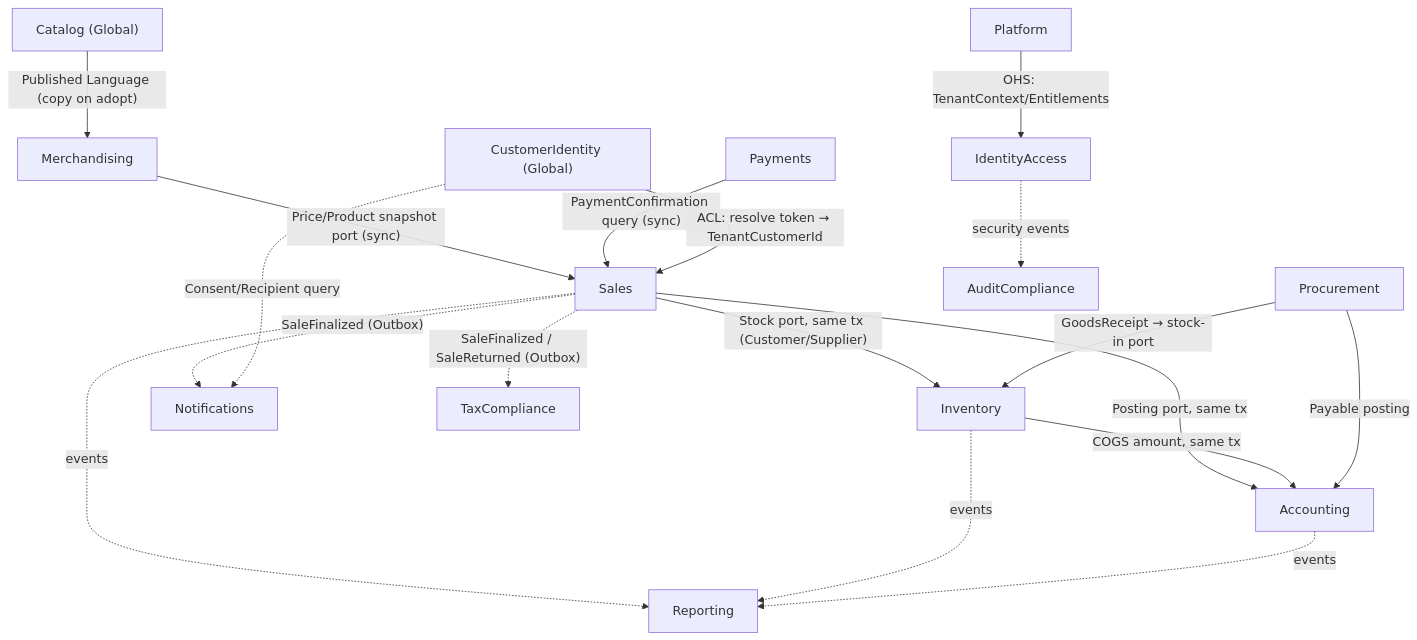
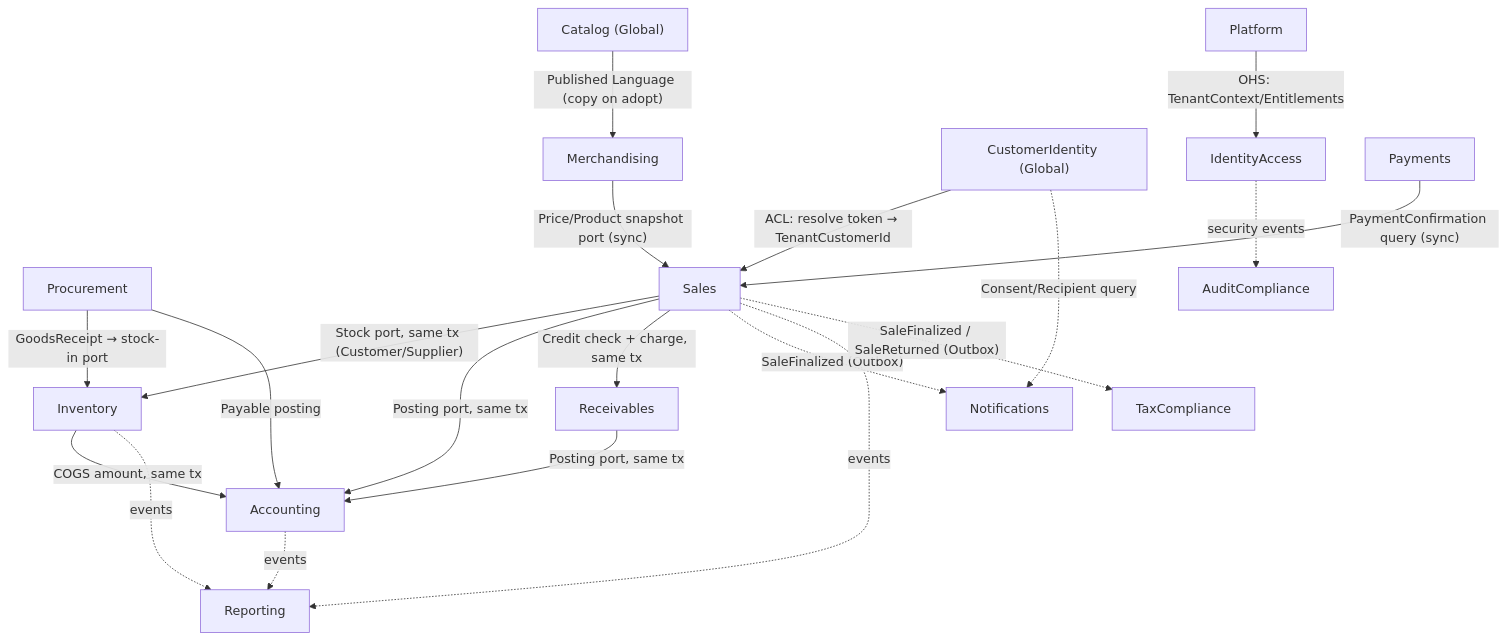
The second of 3 diagrams in docs/01-architecture/00-Architecture-Decision-Summary.md (smasoudpardis-wq/sabaddar.ir), drawn with Mermaid before and after one commit. The commit also changed other lines of this file and 2 other files, not shown here.

Commit message:
docs: apply client answers — credit sales in MVP, configurable receipt templates, retention and Moadian deadline policies
Claude-Session: https://claude.ai/code/session_01LTnwfzkhLTLK2DeJbTrisX

````diff
--- a/docs/01-architecture/00-Architecture-Decision-Summary.md
+++ b/docs/01-architecture/00-Architecture-Decision-Summary.md
@@ -158,35 +159,38 @@
 ```mermaid
 flowchart TB
   PLT["Platform"]
   IAM["IdentityAccess"]
   CID["CustomerIdentity (Global)"]
   CAT["Catalog (Global)"]
   MER["Merchandising"]
   INV["Inventory"]
   PRC["Procurement"]
   SAL["Sales"]
   PAY["Payments"]
   ACC["Accounting"]
   NOT["Notifications"]
   RPT["Reporting"]
   AUD["AuditCompliance"]
 
   PLT -- "OHS: TenantContext/Entitlements" --> IAM
   CAT -- "Published Language (copy on adopt)" --> MER
   MER -- "Price/Product snapshot port (sync)" --> SAL
   SAL -- "Stock port, same tx (Customer/Supplier)" --> INV
   SAL -- "Posting port, same tx" --> ACC
+  AR["Receivables"]
+  SAL -- "Credit check + charge, same tx" --> AR
+  AR -- "Posting port, same tx" --> ACC
   INV -- "COGS amount, same tx" --> ACC
   PAY -- "PaymentConfirmation query (sync)" --> SAL
   CID -- "ACL: resolve token → TenantCustomerId" --> SAL
   PRC -- "GoodsReceipt → stock-in port" --> INV
   PRC -- "Payable posting" --> ACC
   SAL -. "SaleFinalized (Outbox)" .-> NOT
   CID -. "Consent/Recipient query" .-> NOT
   SAL -. "events" .-> RPT
   INV -. "events" .-> RPT
   ACC -. "events" .-> RPT
   IAM -. "security events" .-> AUD
   TAX["TaxCompliance"]
   SAL -. "SaleFinalized / SaleReturned (Outbox)" .-> TAX
 ```
````
